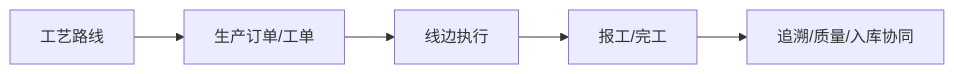
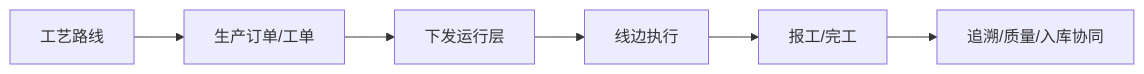
The diagram in docs/06-MES-生产管理/index.md (jiargcn/MomProductDocument), drawn with Mermaid before and after one commit. The commit also changed other lines of this file and 8 other files, not shown here.

````diff
--- a/docs/06-MES-生产管理/index.md
+++ b/docs/06-MES-生产管理/index.md
@@ -42,7 +42,8 @@
 ```mermaid
 flowchart LR
     A["工艺路线"] --> B["生产订单/工单"]
-    B --> C["线边执行"]
-    C --> D["报工/完工"]
-    D --> E["追溯/质量/入库协同"]
+    B --> C["下发运行层"]
+    C --> D["线边执行"]
+    D --> E["报工/完工"]
+    E --> F["追溯/质量/入库协同"]
 ```
````
